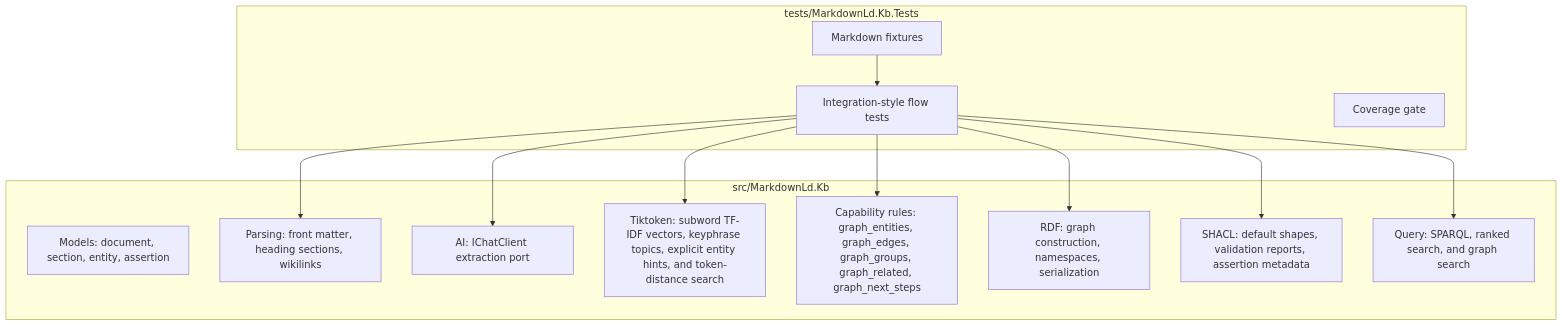
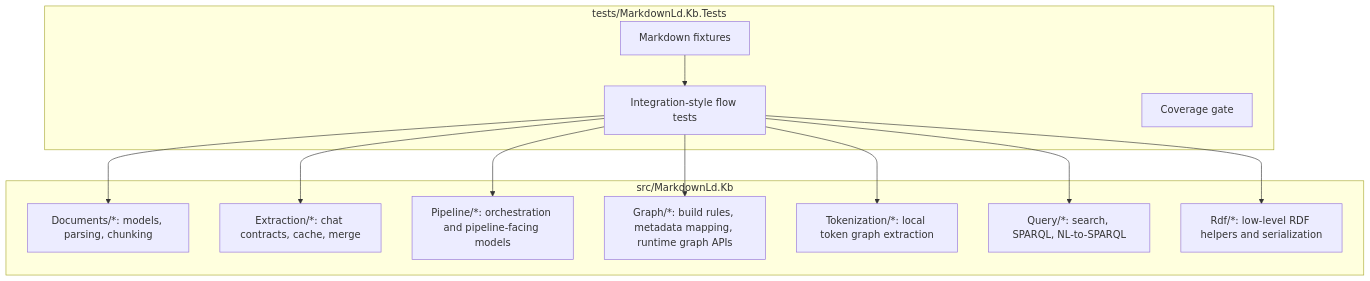
Before and after one commit to managedcode/markdown-ld-kb: the third of 7 diagrams in docs/Architecture.md, drawn with Mermaid. The commit also changed other lines of this file and 85 other files, not shown here.

````diff
--- a/docs/Architecture.md
+++ b/docs/Architecture.md
@@ -90,28 +117,27 @@
 ```mermaid
 flowchart TB
     subgraph Core["src/MarkdownLd.Kb"]
-        Models["Models: document, section, entity, assertion"]
-        Parsing["Parsing: front matter, heading sections, wikilinks"]
-        Ai["AI: IChatClient extraction port"]
-        Tokens["Tiktoken: subword TF-IDF vectors, keyphrase topics, explicit entity hints, and token-distance search"]
-        Rules["Capability rules: graph_entities, graph_edges, graph_groups, graph_related, graph_next_steps"]
-        Rdf["RDF: graph construction, namespaces, serialization"]
-        Shacl["SHACL: default shapes, validation reports, assertion metadata"]
-        Query["Query: SPARQL, ranked search, and graph search"]
+        Documents["Documents/*: models, parsing, chunking"]
+        Extraction["Extraction/*: chat contracts, cache, merge"]
+        Pipeline["Pipeline/*: orchestration and pipeline-facing models"]
+        Graph["Graph/*: build rules, metadata mapping, runtime graph APIs"]
+        Tokens["Tokenization/*: local token graph extraction"]
+        Query["Query/*: search, SPARQL, NL-to-SPARQL"]
+        Rdf["Rdf/*: low-level RDF helpers and serialization"]
     end
 
     subgraph Tests["tests/MarkdownLd.Kb.Tests"]
         Fixtures["Markdown fixtures"]
         FlowTests["Integration-style flow tests"]
         Coverage["Coverage gate"]
     end
 
     Fixtures --> FlowTests
-    FlowTests --> Parsing
-    FlowTests --> Ai
+    FlowTests --> Documents
     FlowTests --> Tokens
-    FlowTests --> Rules
+    FlowTests --> Extraction
+    FlowTests --> Pipeline
+    FlowTests --> Graph
+    FlowTests --> Query
     FlowTests --> Rdf
-    FlowTests --> Shacl
-    FlowTests --> Query
 ```
````
